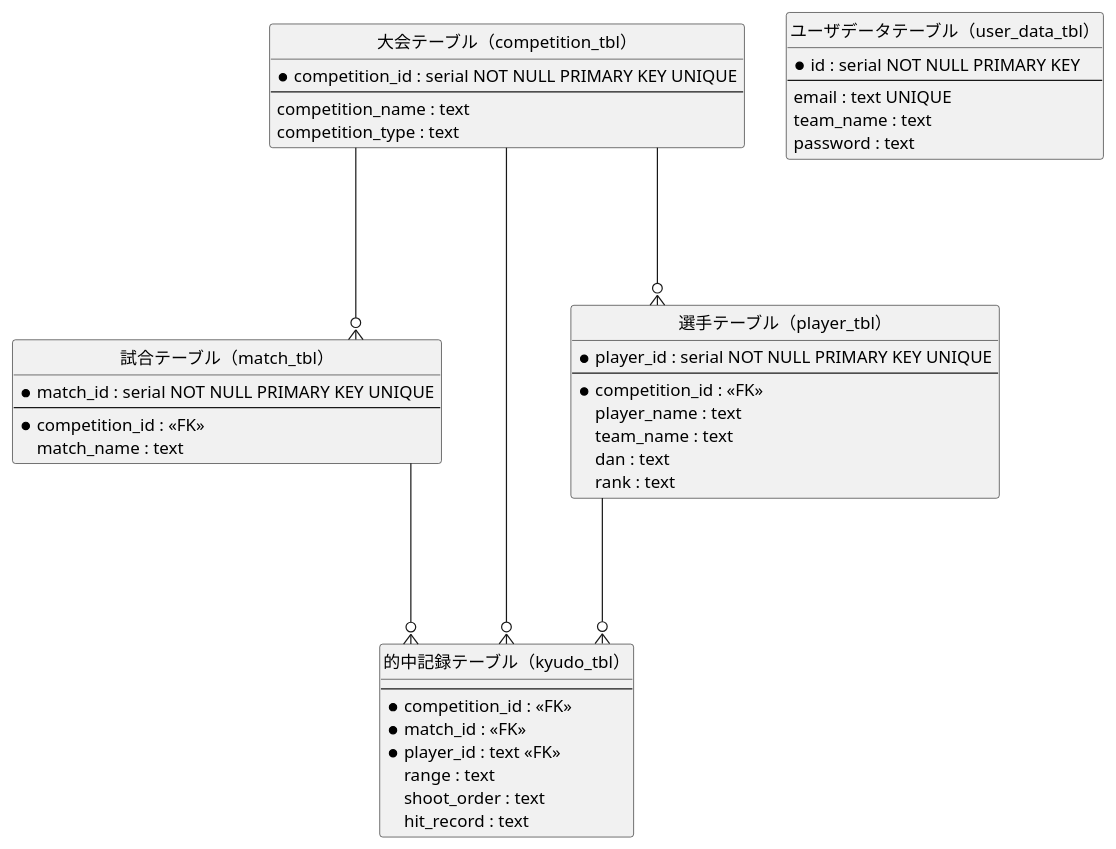
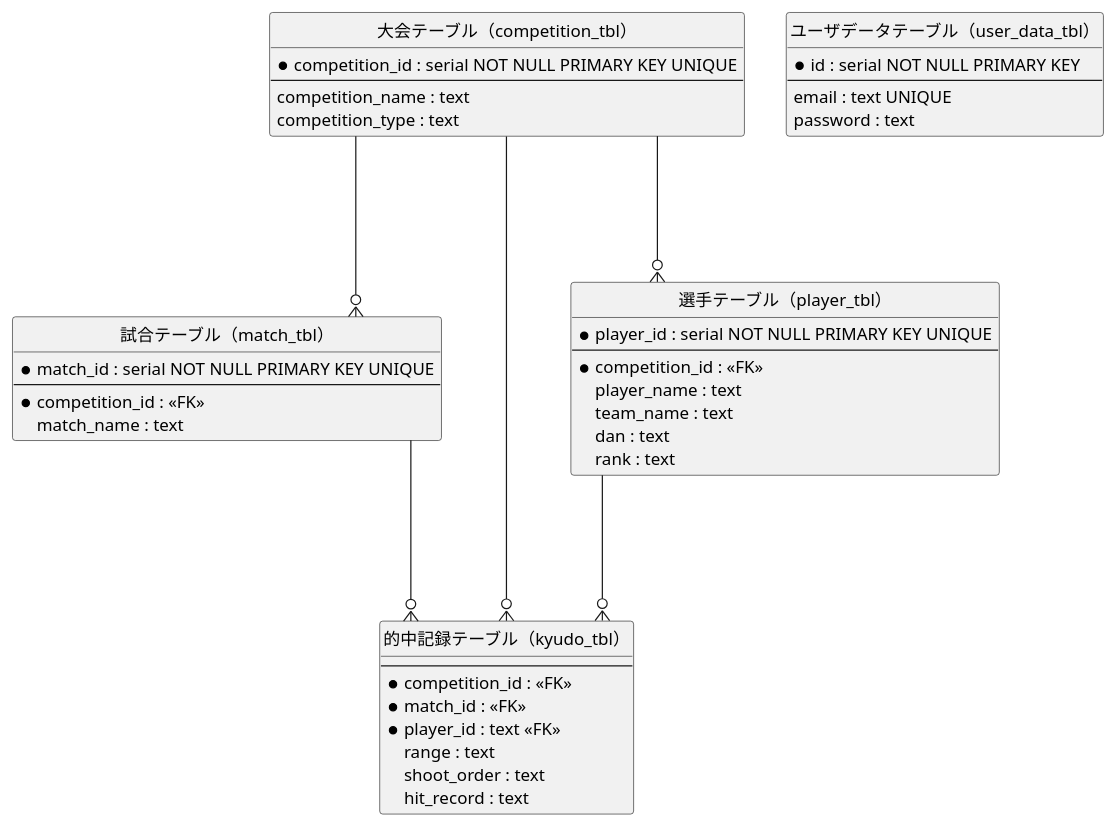
One commit to ssksoft/kyudo changed the diagram in uml/er_diagram.pu. Above: the diagram before and after it, drawn with PlantUML. The commit also changed 24 other files, not shown here.

```diff
--- a/uml/er_diagram.pu
+++ b/uml/er_diagram.pu
@@ -1,57 +1,56 @@
 @startuml er_diagram
 
 ' hide the spot
 hide circle
 
 ' avoid problems with angled crows feet
 skinparam linetype ortho
 
 entity "大会テーブル（competition_tbl）" as competition_tbl {
   *competition_id : serial NOT NULL PRIMARY KEY UNIQUE
   --
   competition_name : text
   competition_type : text
 }
 
 entity "試合テーブル（match_tbl）" as match_tbl {
   *match_id : serial NOT NULL PRIMARY KEY UNIQUE
   --
   *competition_id : <<FK>>
   match_name : text
 }
 
 entity "的中記録テーブル（kyudo_tbl）" as hit_record_tbl {
   --
   *competition_id : <<FK>>
   *match_id : <<FK>>
   *player_id : text <<FK>>
   range : text
   shoot_order : text
   hit_record : text
 }
 
 entity "選手テーブル（player_tbl）" as player_tbl {
   *player_id : serial NOT NULL PRIMARY KEY UNIQUE
   --
   *competition_id : <<FK>>
   player_name : text
   team_name : text
   dan : text
   rank : text
 }
 
 entity "ユーザデータテーブル（user_data_tbl）" as user_data_tbl {
   *id : serial NOT NULL PRIMARY KEY
   --
   email : text UNIQUE
-  team_name : text
   password : text
 }
 
 competition_tbl ---o{ match_tbl
 match_tbl ---o{ hit_record_tbl
 player_tbl ---o{ hit_record_tbl
 competition_tbl ---o{ hit_record_tbl
 competition_tbl ---o{ player_tbl
 
 @enduml
```
